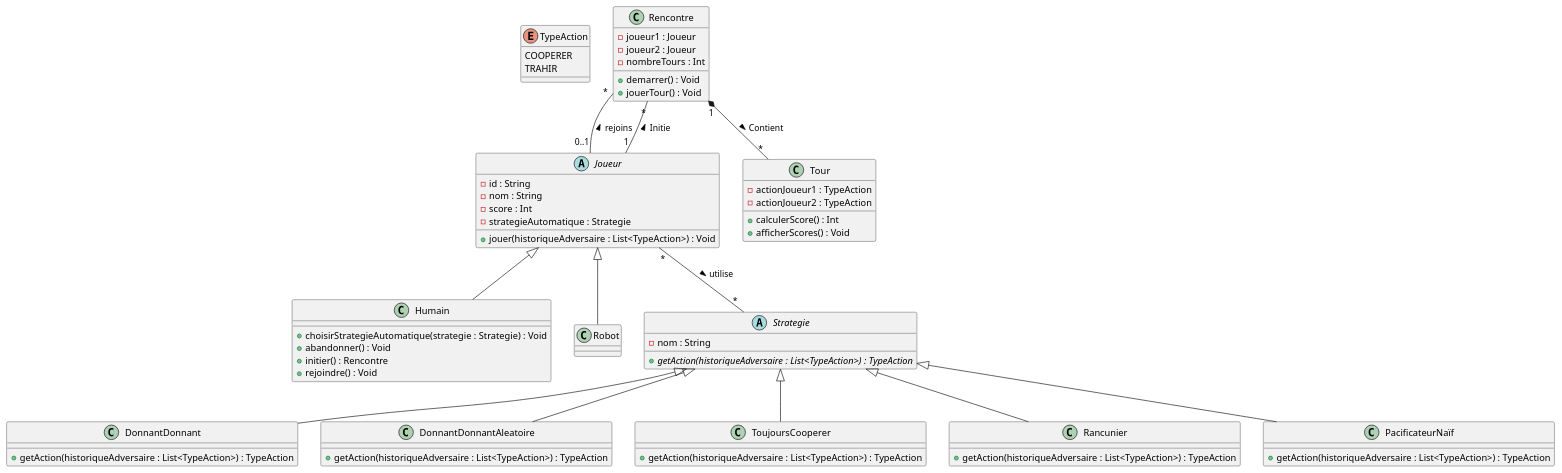
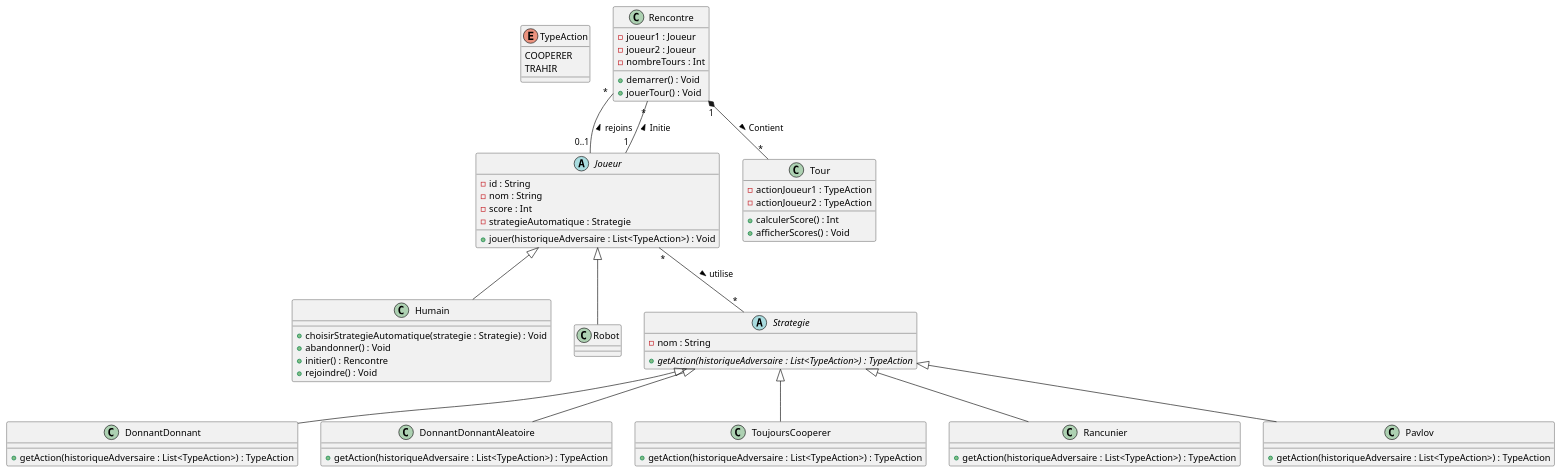
Before and after one commit to nicomr70/prisonners-dilemma: the diagram in UML/uml_1.puml, drawn with PlantUML. The commit also changed 7 other files, not shown here.

```diff
--- a/UML/uml_1.puml
+++ b/UML/uml_1.puml
@@ -1,81 +1,81 @@
 @startuml
 
 enum TypeAction {
     COOPERER
     TRAHIR
 }
 
 
 abstract Joueur {
     - id : String
     - nom : String
     - score : Int
     - strategieAutomatique : Strategie
     + jouer(historiqueAdversaire : List<TypeAction>) : Void
 }
 
 
 class Humain extends Joueur{
     + choisirStrategieAutomatique(strategie : Strategie) : Void
     + abandonner() : Void
     + initier() : Rencontre
     + rejoindre() : Void
 }
 
 class Robot extends Joueur {
     }
 
 
 class Rencontre {
     - joueur1 : Joueur
     - joueur2 : Joueur
     - nombreTours : Int
     + demarrer() : Void
     + jouerTour() : Void
 
 }
 
 class Tour {
     - actionJoueur1 : TypeAction
     - actionJoueur2 : TypeAction
     + calculerScore() : Int
     + afficherScores() : Void
 }
 
 abstract class Strategie {
     - nom : String
     {abstract} + getAction(historiqueAdversaire : List<TypeAction>) : TypeAction
    }
 
 class DonnantDonnant extends Strategie {
    + getAction(historiqueAdversaire : List<TypeAction>) : TypeAction
 
 }
 
 class DonnantDonnantAleatoire extends Strategie {
     + getAction(historiqueAdversaire : List<TypeAction>) : TypeAction
 
 }
 
 class ToujoursCooperer extends Strategie {
     + getAction(historiqueAdversaire : List<TypeAction>) : TypeAction
 
 }
 
 class Rancunier extends Strategie {
     + getAction(historiqueAdversaire : List<TypeAction>) : TypeAction
 
 }
 
-class PacificateurNaïf extends Strategie {
+class Pavlov extends Strategie {
     + getAction(historiqueAdversaire : List<TypeAction>) : TypeAction
 
 }
 
 
 Joueur "*" -- "*" Strategie : utilise >
 Rencontre "*" -- "0..1" Joueur : rejoins <
 Rencontre "*" -- "1" Joueur : Initie <
 Rencontre "1" *-- "*" Tour : Contient >
 
 @enduml
```
